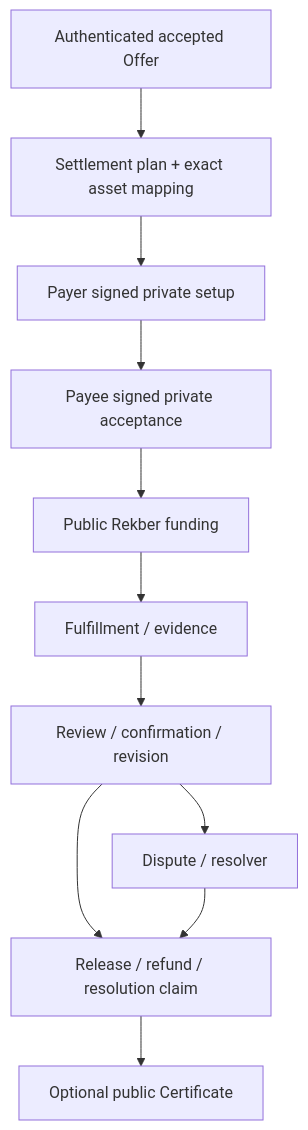
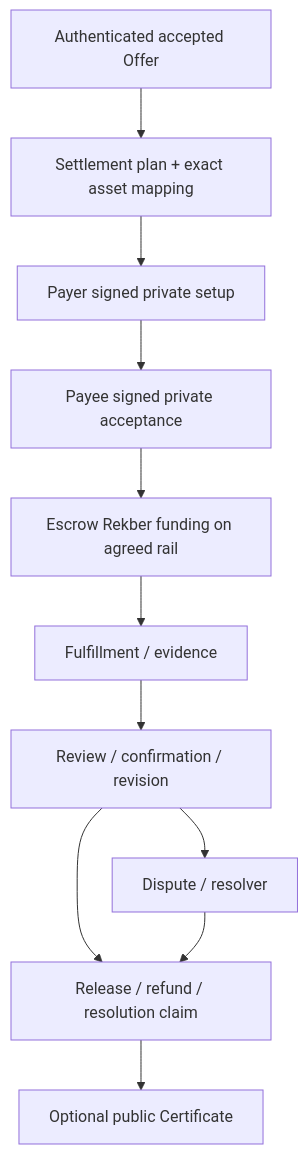
The first of 10 diagrams in docs/technical/frontend/escrow-rekber.md (DXJLabs/vinss), drawn with Mermaid before and after one commit. The commit also changed other lines of this file and 14 other files, not shown here.

Commit message:
Clarify Escrow Rekber UI, verify dual-rail lifecycle and refresh architecture diagrams

````diff
--- a/docs/technical/frontend/escrow-rekber.md
+++ b/docs/technical/frontend/escrow-rekber.md
@@ -105,24 +152,24 @@
 ```mermaid
 flowchart TD
     OFFER["Authenticated accepted Offer"]
     PLAN["Settlement plan + exact asset mapping"]
     SETUP["Payer signed private setup"]
     ACCEPT["Payee signed private acceptance"]
-    FUND["Public Rekber funding"]
+    FUND["Escrow Rekber funding on agreed rail"]
     WORK["Fulfillment / evidence"]
     REVIEW["Review / confirmation / revision"]
     DISPUTE["Dispute / resolver"]
     SETTLE["Release / refund / resolution claim"]
     CERT["Optional public Certificate"]
 
     OFFER --> PLAN
     PLAN --> SETUP
     SETUP --> ACCEPT
     ACCEPT --> FUND
     FUND --> WORK
     WORK --> REVIEW
     REVIEW --> SETTLE
     REVIEW --> DISPUTE
     DISPUTE --> SETTLE
     SETTLE --> CERT
 ```
````
